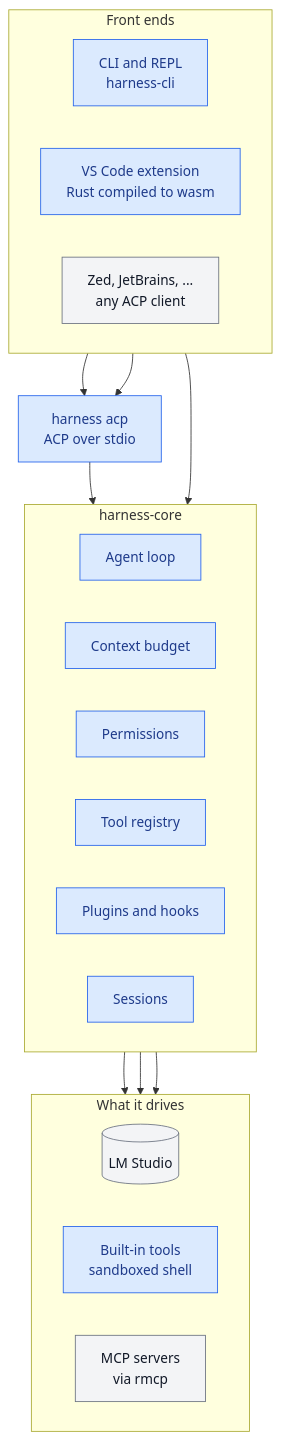
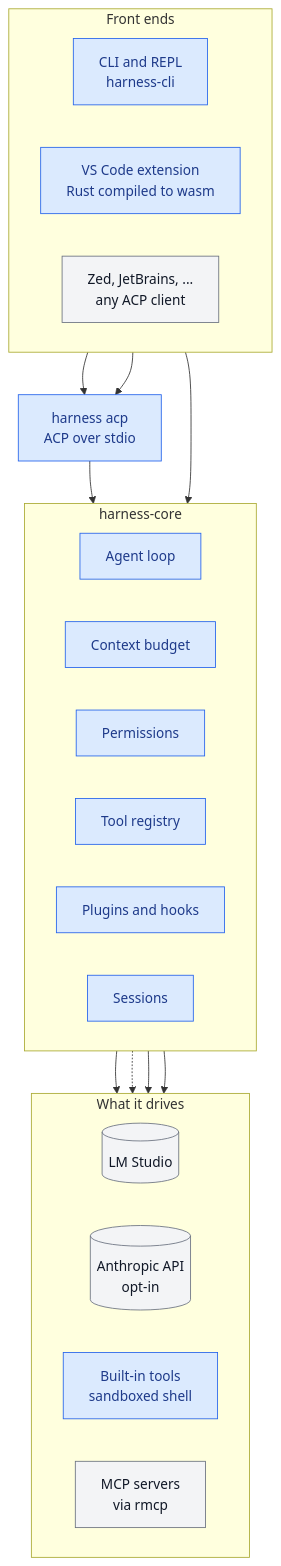
Before and after one commit to fzzinchemical/Praxis: the first of 3 diagrams in ROADMAP.md, drawn with Mermaid. The commit also changed other lines of this file and 5 other files, not shown here.

````diff
--- a/ROADMAP.md
+++ b/ROADMAP.md
@@ -32,41 +32,43 @@
 ```mermaid
 flowchart TB
     subgraph clients["Front ends"]
         direction LR
         cli["CLI and REPL<br/>harness-cli"]
         vscode["VS Code extension<br/>Rust compiled to wasm"]
         other["Zed, JetBrains, ...<br/>any ACP client"]
     end
 
     acp["harness acp<br/>ACP over stdio"]
 
     subgraph core["harness-core"]
         direction LR
         loop["Agent loop"]
         context["Context budget"]
         perms["Permissions"]
         registry["Tool registry"]
         plugins["Plugins and hooks"]
         sessions["Sessions"]
     end
 
     subgraph outside["What it drives"]
         direction LR
         lms[("LM Studio")]
+        claude[("Anthropic API<br/>opt-in")]
         tools["Built-in tools<br/>sandboxed shell"]
         mcp["MCP servers<br/>via rmcp"]
     end
 
     cli --> core
     vscode --> acp
     other --> acp
     acp --> core
     core --> lms
+    core -.-> claude
     core --> tools
     core --> mcp
 
     classDef harness fill:#dbeafe,stroke:#2563eb,color:#1e3a8a
     classDef external fill:#f3f4f6,stroke:#6b7280,color:#111827
     class cli,vscode,acp,loop,context,perms,registry,plugins,sessions,tools harness
-    class other,lms,mcp external
+    class other,lms,claude,mcp external
 ```
````
